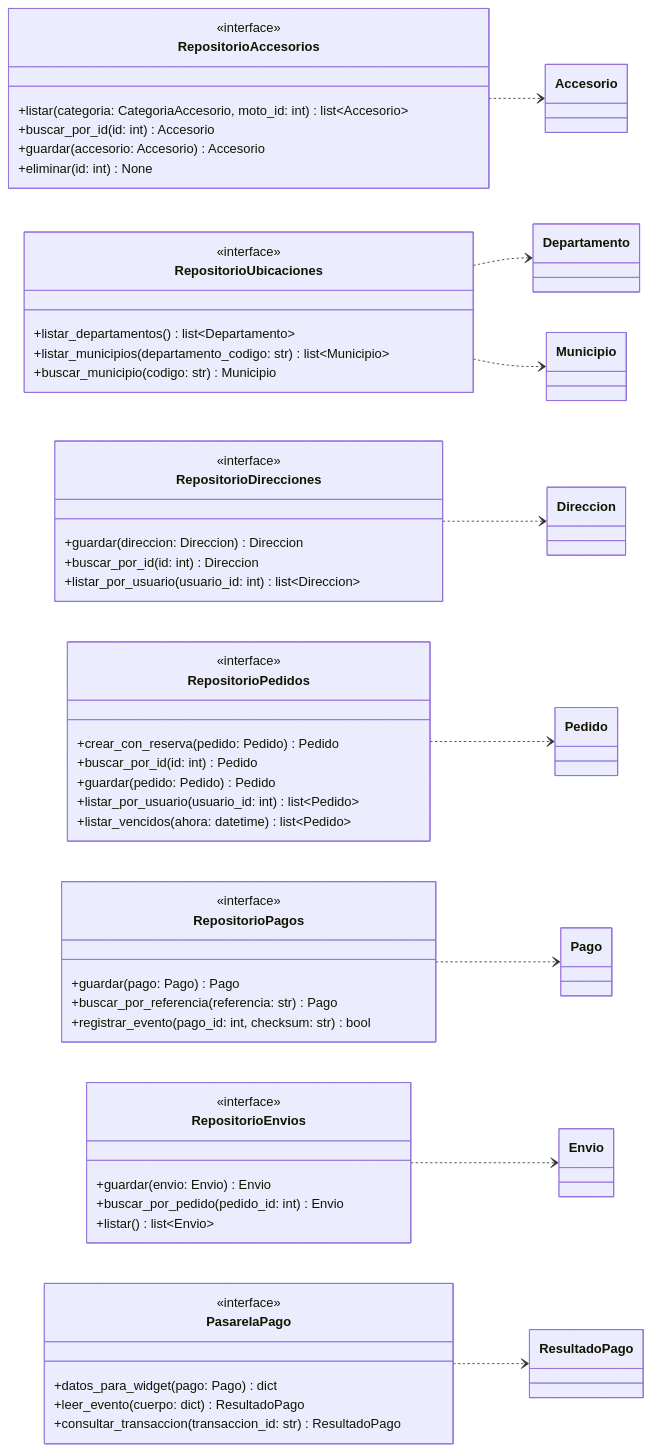
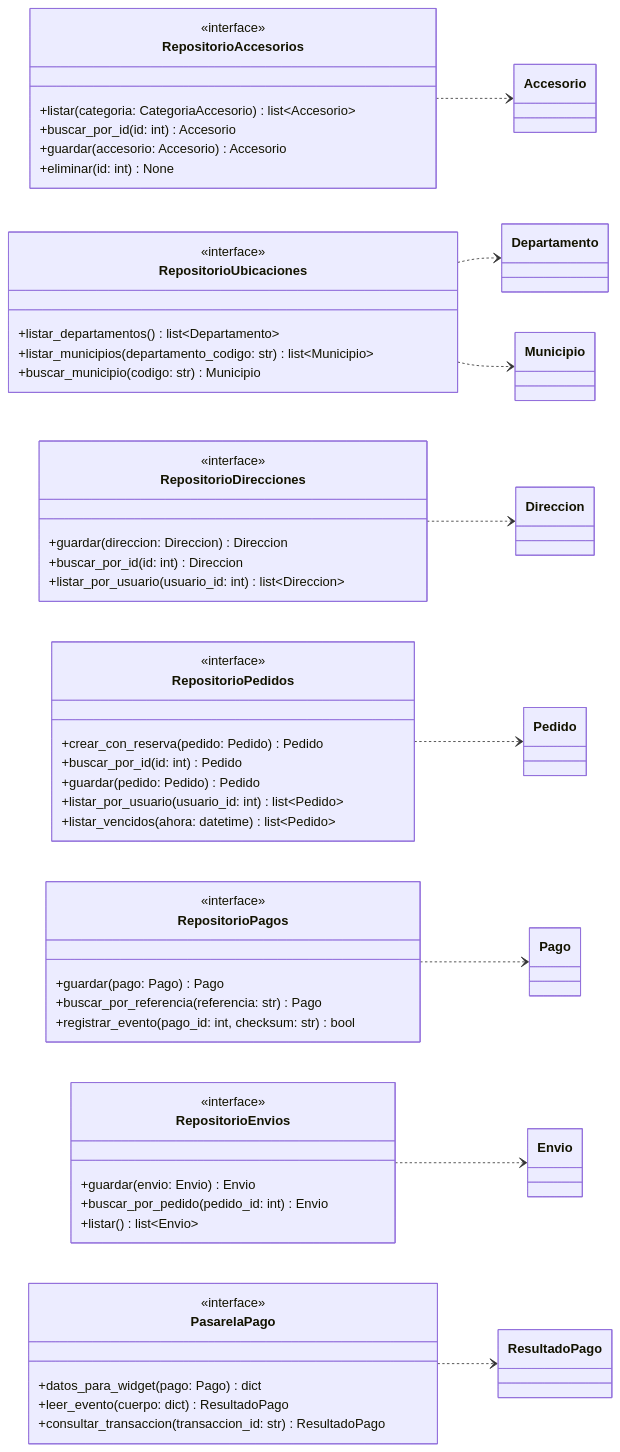
Before and after one commit to Andresg9805/concesionario-motos: the seventh of 9 diagrams in docs/uml/diagrama-clases.md, drawn with Mermaid. The commit also changed other lines of this file and 58 other files, not shown here.

````diff
--- a/docs/uml/diagrama-clases.md
+++ b/docs/uml/diagrama-clases.md
@@ -567,74 +566,74 @@
 ```mermaid
 classDiagram
     direction LR
 
     class RepositorioAccesorios {
         <<interface>>
-        +listar(categoria: CategoriaAccesorio, moto_id: int) list~Accesorio~
+        +listar(categoria: CategoriaAccesorio) list~Accesorio~
         +buscar_por_id(id: int) Accesorio
         +guardar(accesorio: Accesorio) Accesorio
         +eliminar(id: int) None
     }
 
     class RepositorioUbicaciones {
         <<interface>>
         +listar_departamentos() list~Departamento~
         +listar_municipios(departamento_codigo: str) list~Municipio~
         +buscar_municipio(codigo: str) Municipio
     }
 
     class RepositorioDirecciones {
         <<interface>>
         +guardar(direccion: Direccion) Direccion
         +buscar_por_id(id: int) Direccion
         +listar_por_usuario(usuario_id: int) list~Direccion~
     }
 
     class RepositorioPedidos {
         <<interface>>
         +crear_con_reserva(pedido: Pedido) Pedido
         +buscar_por_id(id: int) Pedido
         +guardar(pedido: Pedido) Pedido
         +listar_por_usuario(usuario_id: int) list~Pedido~
         +listar_vencidos(ahora: datetime) list~Pedido~
     }
 
     class RepositorioPagos {
         <<interface>>
         +guardar(pago: Pago) Pago
         +buscar_por_referencia(referencia: str) Pago
         +registrar_evento(pago_id: int, checksum: str) bool
     }
 
     class RepositorioEnvios {
         <<interface>>
         +guardar(envio: Envio) Envio
         +buscar_por_pedido(pedido_id: int) Envio
         +listar() list~Envio~
     }
 
     class PasarelaPago {
         <<interface>>
         +datos_para_widget(pago: Pago) dict
         +leer_evento(cuerpo: dict) ResultadoPago
         +consultar_transaccion(transaccion_id: str) ResultadoPago
     }
 
     class Accesorio
     class Departamento
     class Municipio
     class Direccion
     class Pedido
     class Pago
     class Envio
     class ResultadoPago
 
     RepositorioAccesorios ..> Accesorio
     RepositorioUbicaciones ..> Departamento
     RepositorioUbicaciones ..> Municipio
     RepositorioDirecciones ..> Direccion
     RepositorioPedidos ..> Pedido
     RepositorioPagos ..> Pago
     RepositorioEnvios ..> Envio
     PasarelaPago ..> ResultadoPago
 ```
````
